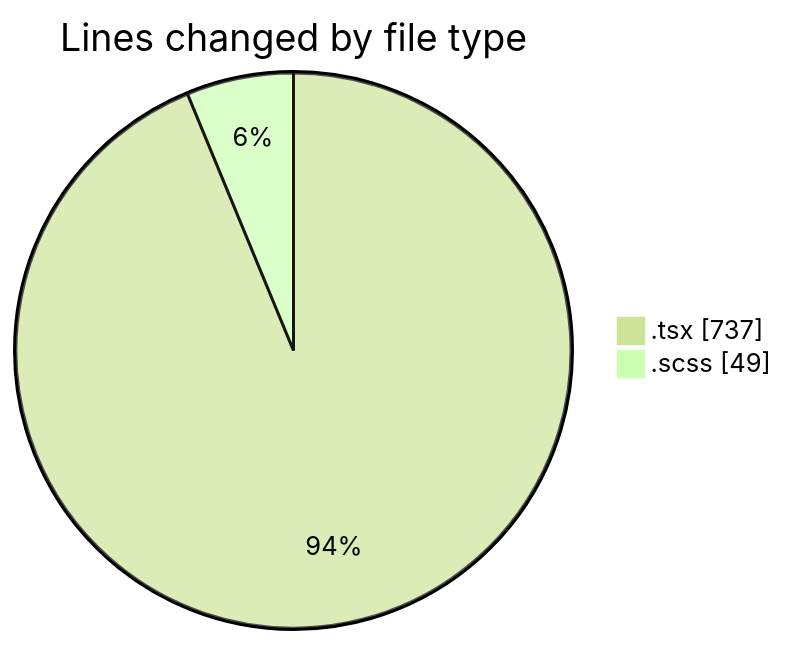
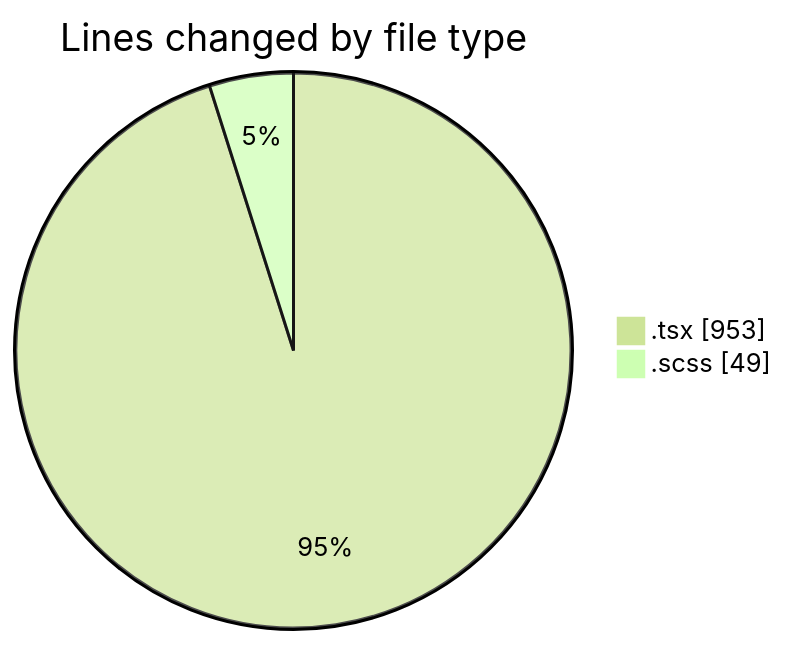
The first of 2 diagrams in 2026-09-04/cda/README.md (momahboobian/code-tracking), drawn with Mermaid (forest theme) before and after one commit. The commit also changed other lines of this file and 1 other file, not shown here.

````diff
--- a/2026-09-04/cda/README.md
+++ b/2026-09-04/cda/README.md
@@ -25,6 +28,6 @@
 ```mermaid
 pie showData
 title Lines changed by file type
-".tsx" : 737
+".tsx" : 953
 ".scss" : 49
 ```
````
